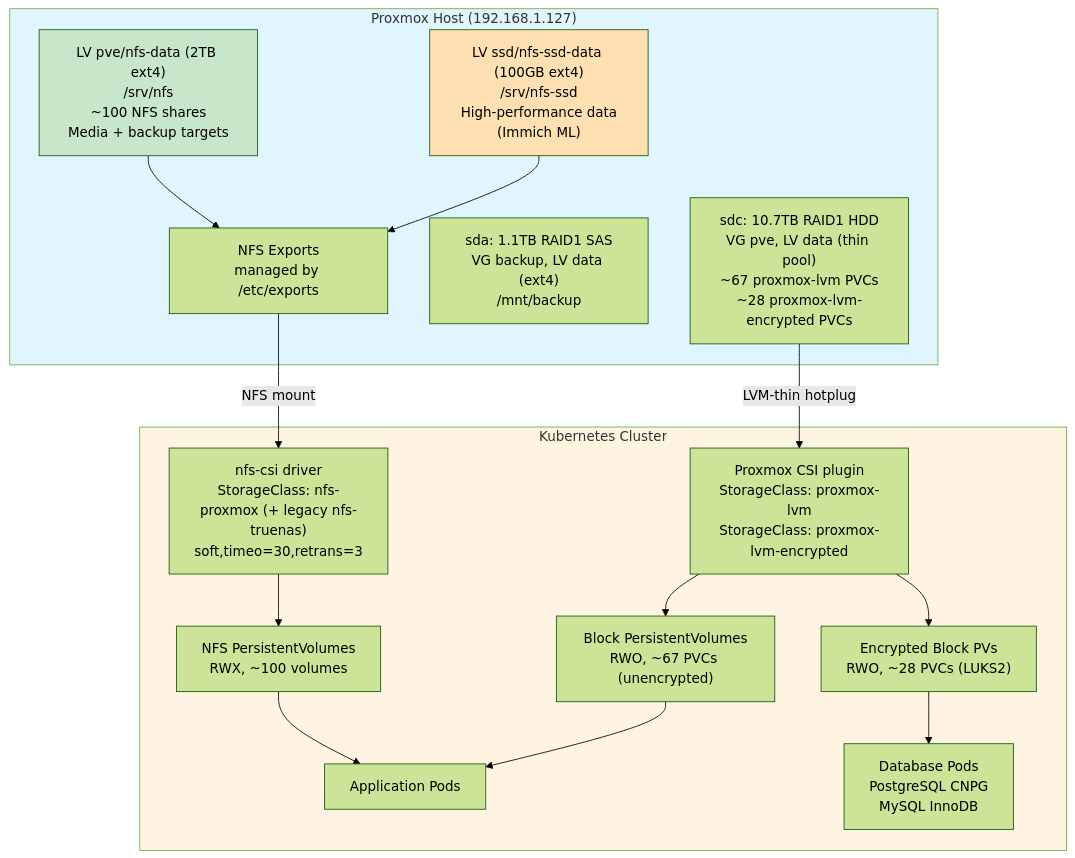
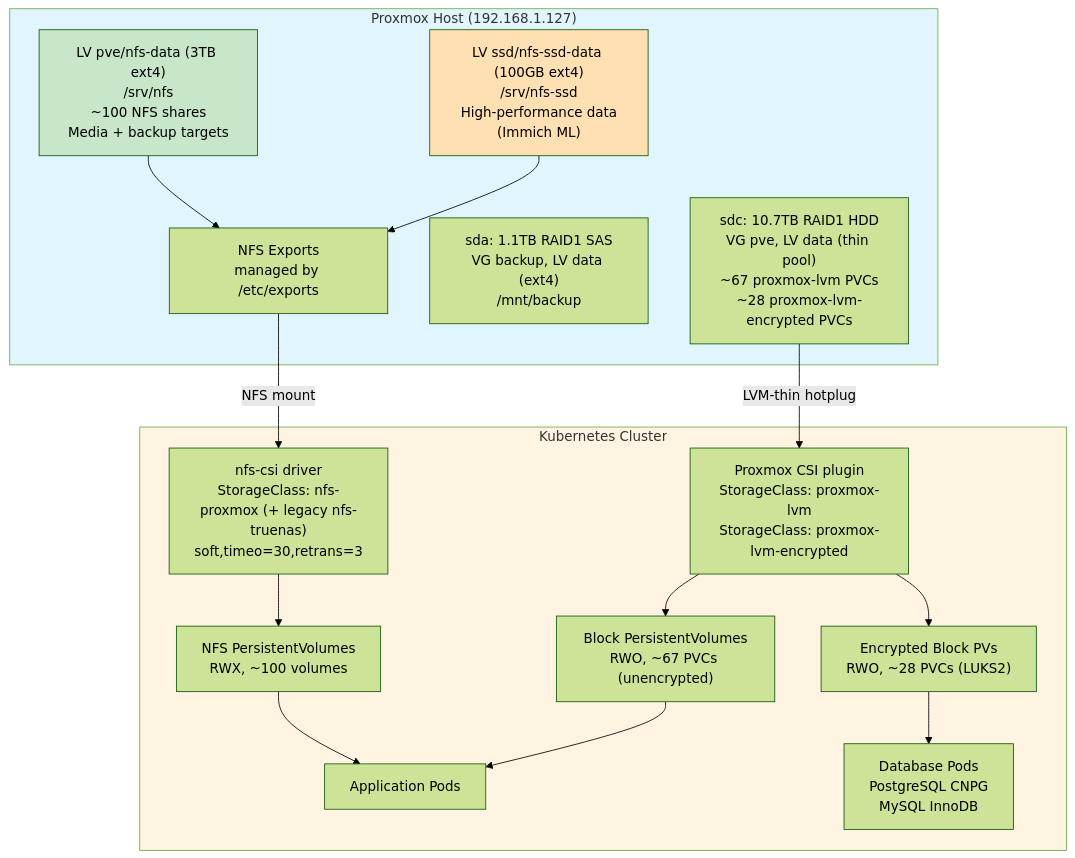
The diagram in docs/architecture/storage.md (ViktorBarzin/infra), drawn with Mermaid (forest theme) before and after one commit. The commit also changed other lines of this file and 2 other files, not shown here.

First line of the commit message:
mysql: bump to 4Gi limit / 3Gi request; grow /srv/nfs LV to 3 TiB

````diff
--- a/docs/architecture/storage.md
+++ b/docs/architecture/storage.md
@@ -29,40 +29,40 @@
 ```mermaid
 graph TB
     subgraph Proxmox["Proxmox Host (192.168.1.127)"]
         sdc["sdc: 10.7TB RAID1 HDD<br/>VG pve, LV data (thin pool)<br/>~67 proxmox-lvm PVCs<br/>~28 proxmox-lvm-encrypted PVCs"]
         sda["sda: 1.1TB RAID1 SAS<br/>VG backup, LV data (ext4)<br/>/mnt/backup"]
-        NFS_HDD["LV pve/nfs-data (2TB ext4)<br/>/srv/nfs<br/>~100 NFS shares<br/>Media + backup targets"]
+        NFS_HDD["LV pve/nfs-data (3TB ext4)<br/>/srv/nfs<br/>~100 NFS shares<br/>Media + backup targets"]
         NFS_SSD["LV ssd/nfs-ssd-data (100GB ext4)<br/>/srv/nfs-ssd<br/>High-performance data<br/>(Immich ML)"]
         NFS_Exports["NFS Exports<br/>managed by /etc/exports"]
         NFS_HDD --> NFS_Exports
         NFS_SSD --> NFS_Exports
     end
 
     subgraph K8s["Kubernetes Cluster"]
         CSI_NFS["nfs-csi driver<br/>StorageClass: nfs-proxmox (+ legacy nfs-truenas)<br/>soft,timeo=30,retrans=3"]
         CSI_PVE["Proxmox CSI plugin<br/>StorageClass: proxmox-lvm<br/>StorageClass: proxmox-lvm-encrypted"]
 
         NFS_PV["NFS PersistentVolumes<br/>RWX, ~100 volumes"]
         Block_PV["Block PersistentVolumes<br/>RWO, ~67 PVCs (unencrypted)"]
         Enc_PV["Encrypted Block PVs<br/>RWO, ~28 PVCs (LUKS2)"]
 
         Pods["Application Pods"]
         DBPods["Database Pods<br/>PostgreSQL CNPG<br/>MySQL InnoDB"]
     end
 
     NFS_Exports -->|NFS mount| CSI_NFS
     sdc -->|LVM-thin hotplug| CSI_PVE
 
     CSI_NFS --> NFS_PV
     CSI_PVE --> Block_PV
     CSI_PVE --> Enc_PV
 
     NFS_PV --> Pods
     Block_PV --> Pods
     Enc_PV --> DBPods
 
     style Proxmox fill:#e1f5ff
     style K8s fill:#fff4e1
     style NFS_HDD fill:#c8e6c9
     style NFS_SSD fill:#ffe0b2
 ```
````
